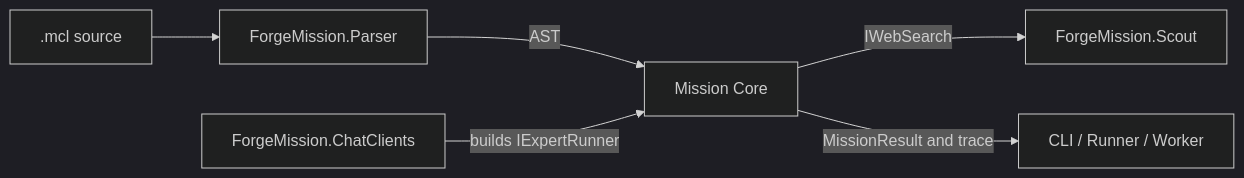
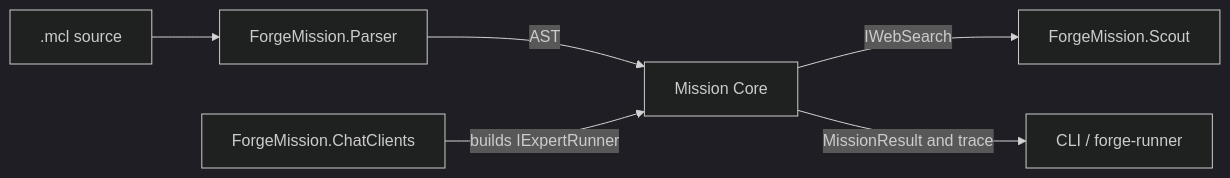
One commit to katasec/forge-mcl changed the diagram in src/ForgeMission.Core/README.md. Above: the diagram before and after it, drawn with Mermaid (dark theme). The commit also changed other lines of this file and 7 other files, not shown here.

First line of the commit message:
docs: fix monorepo links and Worker wording; accurate forge chat help text

````diff
--- a/src/ForgeMission.Core/README.md
+++ b/src/ForgeMission.Core/README.md
@@ -45,8 +45,8 @@
 ```mermaid
 flowchart LR
   Source[.mcl source] --> Parser[ForgeMission.Parser]
   Parser -->|AST| Core[Mission Core]
   Clients[ForgeMission.ChatClients] -->|builds IExpertRunner| Core
   Core -->|IWebSearch| Scout[ForgeMission.Scout]
-  Core -->|MissionResult and trace| Host[CLI / Runner / Worker]
+  Core -->|MissionResult and trace| Host[CLI / forge-runner]
 ```
````
